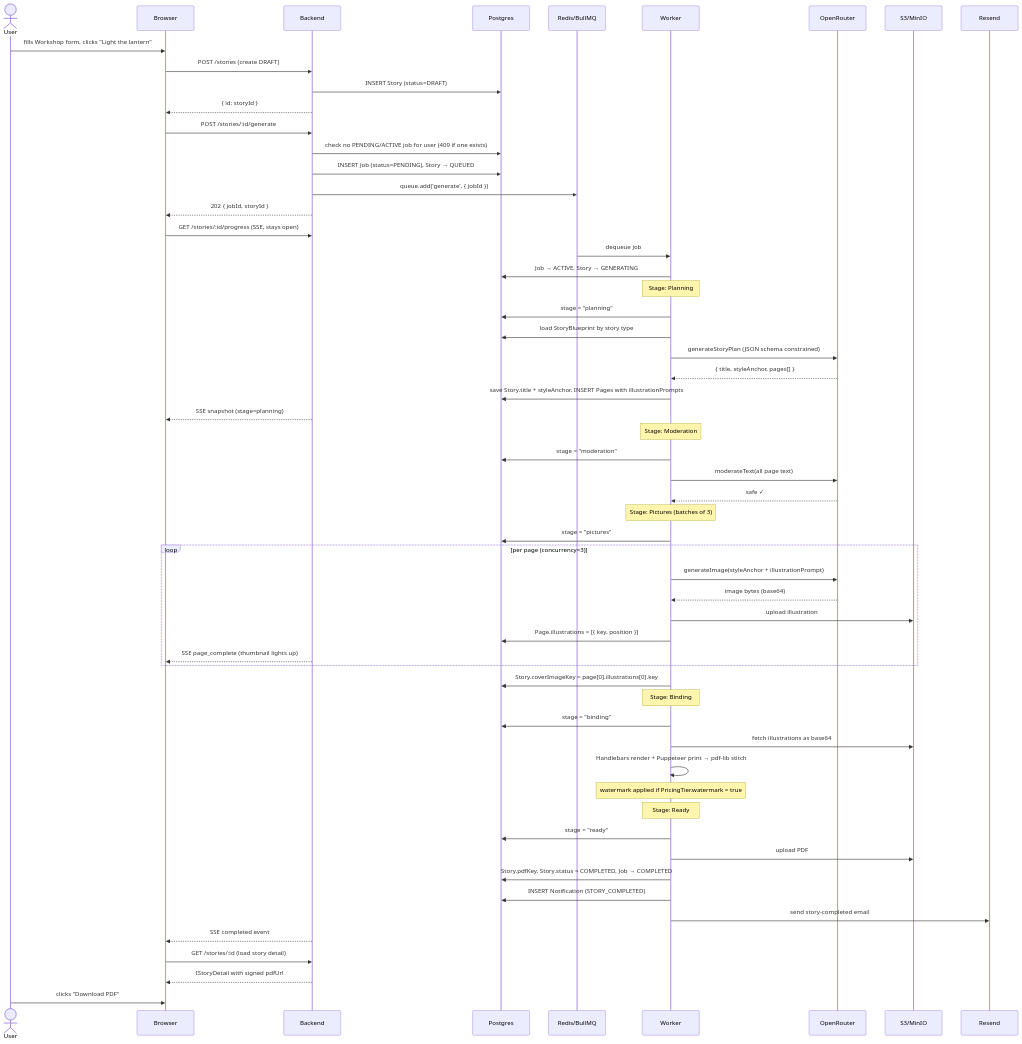
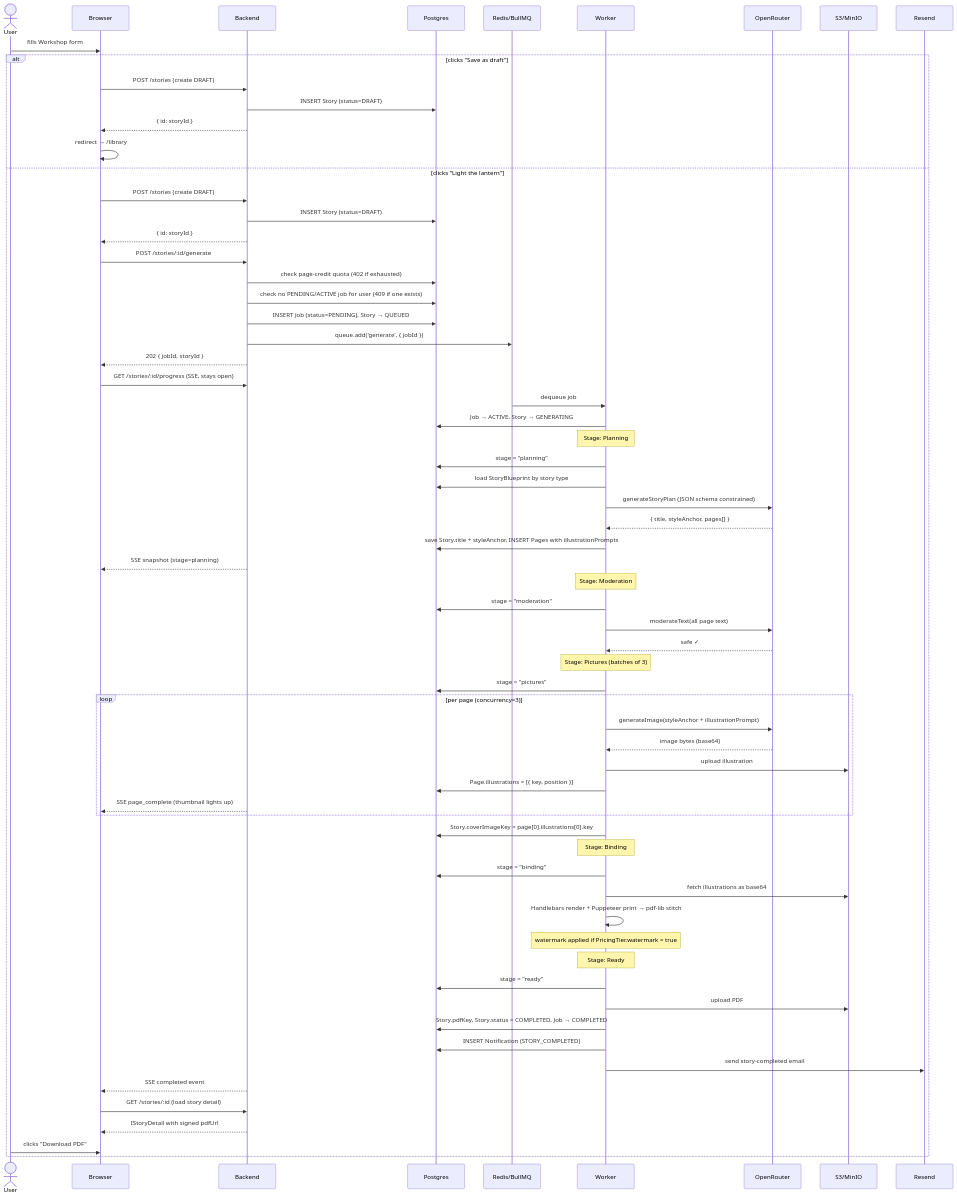
The second of 5 diagrams in _docs/architecture/user-flows.md (Shagon1k/TailorTales), drawn with Mermaid before and after one commit. The commit also changed other lines of this file and 247 other files, not shown here.

````diff
--- a/_docs/architecture/user-flows.md
+++ b/_docs/architecture/user-flows.md
@@ -33,70 +42,78 @@
 ```mermaid
 sequenceDiagram
     actor User
     participant Browser
     participant Backend
     participant DB as Postgres
     participant Queue as Redis/BullMQ
     participant Worker
     participant OpenRouter
     participant Storage as S3/MinIO
     participant Resend
 
-    User->>Browser: fills Workshop form, clicks "Light the lantern"
-    Browser->>Backend: POST /stories (create DRAFT)
-    Backend->>DB: INSERT Story (status=DRAFT)
-    Backend-->>Browser: { id: storyId }
+    User->>Browser: fills Workshop form
+    alt clicks "Save as draft"
+        Browser->>Backend: POST /stories (create DRAFT)
+        Backend->>DB: INSERT Story (status=DRAFT)
+        Backend-->>Browser: { id: storyId }
+        Browser->>Browser: redirect → /library
+    else clicks "Light the lantern"
+        Browser->>Backend: POST /stories (create DRAFT)
+        Backend->>DB: INSERT Story (status=DRAFT)
+        Backend-->>Browser: { id: storyId }
 
-    Browser->>Backend: POST /stories/:id/generate
-    Backend->>DB: check no PENDING/ACTIVE job for user (409 if one exists)
-    Backend->>DB: INSERT Job (status=PENDING), Story → QUEUED
-    Backend->>Queue: queue.add('generate', { jobId })
-    Backend-->>Browser: 202 { jobId, storyId }
+        Browser->>Backend: POST /stories/:id/generate
+        Backend->>DB: check page-credit quota (402 if exhausted)
+        Backend->>DB: check no PENDING/ACTIVE job for user (409 if one exists)
+        Backend->>DB: INSERT Job (status=PENDING), Story → QUEUED
+        Backend->>Queue: queue.add('generate', { jobId })
+        Backend-->>Browser: 202 { jobId, storyId }
 
-    Browser->>Backend: GET /stories/:id/progress (SSE, stays open)
+        Browser->>Backend: GET /stories/:id/progress (SSE, stays open)
 
     Queue->>Worker: dequeue job
     Worker->>DB: Job → ACTIVE, Story → GENERATING
 
     Note over Worker: Stage: Planning
     Worker->>DB: stage = "planning"
     Worker->>DB: load StoryBlueprint by story type
     Worker->>OpenRouter: generateStoryPlan (JSON schema constrained)
     OpenRouter-->>Worker: { title, styleAnchor, pages[] }
     Worker->>DB: save Story.title + styleAnchor, INSERT Pages with illustrationPrompts
     Backend-->>Browser: SSE snapshot (stage=planning)
 
     Note over Worker: Stage: Moderation
     Worker->>DB: stage = "moderation"
     Worker->>OpenRouter: moderateText(all page text)
     OpenRouter-->>Worker: safe ✓
 
     Note over Worker: Stage: Pictures (batches of 3)
     Worker->>DB: stage = "pictures"
     loop per page (concurrency=3)
         Worker->>OpenRouter: generateImage(styleAnchor + illustrationPrompt)
         OpenRouter-->>Worker: image bytes (base64)
         Worker->>Storage: upload illustration
         Worker->>DB: Page.illustrations = [{ key, position }]
         Backend-->>Browser: SSE page_complete (thumbnail lights up)
     end
     Worker->>DB: Story.coverImageKey = page[0].illustrations[0].key
 
     Note over Worker: Stage: Binding
     Worker->>DB: stage = "binding"
     Worker->>Storage: fetch illustrations as base64
     Worker->>Worker: Handlebars render + Puppeteer print → pdf-lib stitch
     Note over Worker: watermark applied if PricingTier.watermark = true
 
     Note over Worker: Stage: Ready
     Worker->>DB: stage = "ready"
     Worker->>Storage: upload PDF
     Worker->>DB: Story.pdfKey, Story.status = COMPLETED, Job → COMPLETED
     Worker->>DB: INSERT Notification (STORY_COMPLETED)
     Worker->>Resend: send story-completed email
 
     Backend-->>Browser: SSE completed event
     Browser->>Backend: GET /stories/:id (load story detail)
     Backend-->>Browser: IStoryDetail with signed pdfUrl
-    User->>Browser: clicks "Download PDF"
+        User->>Browser: clicks "Download PDF"
+    end
 ```
````
